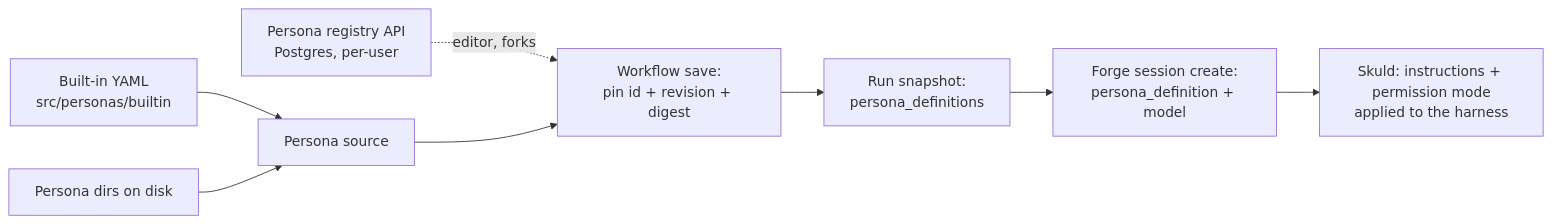
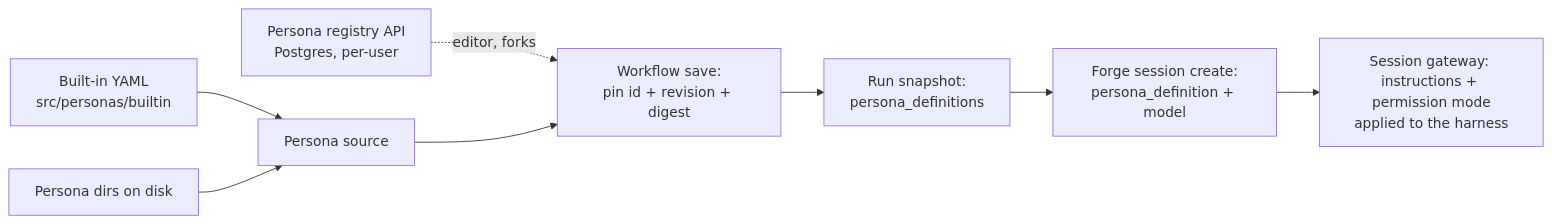
Before and after one commit to niuulabs/niuu: the diagram in docs/site/architecture/workflows/personas.md, drawn with Mermaid. The commit also changed other lines of this file and 65 other files, not shown here.

````diff
--- a/docs/site/architecture/workflows/personas.md
+++ b/docs/site/architecture/workflows/personas.md
@@ -20,10 +20,10 @@
 ```mermaid
 flowchart LR
     B[Built-in YAML<br/>src/personas/builtin] --> S[Persona source]
     D[Persona dirs on disk] --> S
     REG[Persona registry API<br/>Postgres, per-user] -.->|editor, forks| W
     S --> W[Workflow save:<br/>pin id + revision + digest]
     W --> SN[Run snapshot:<br/>persona_definitions]
     SN --> F[Forge session create:<br/>persona_definition + model]
-    F --> SK[Skuld: instructions + permission mode<br/>applied to the harness]
+    F --> SK[Session gateway: instructions + permission mode<br/>applied to the harness]
 ```
````
